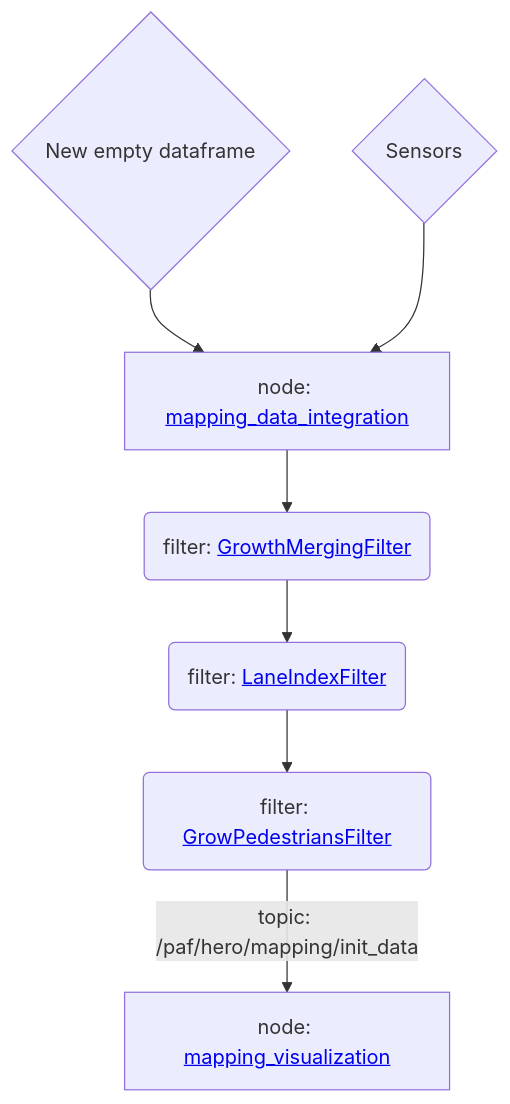
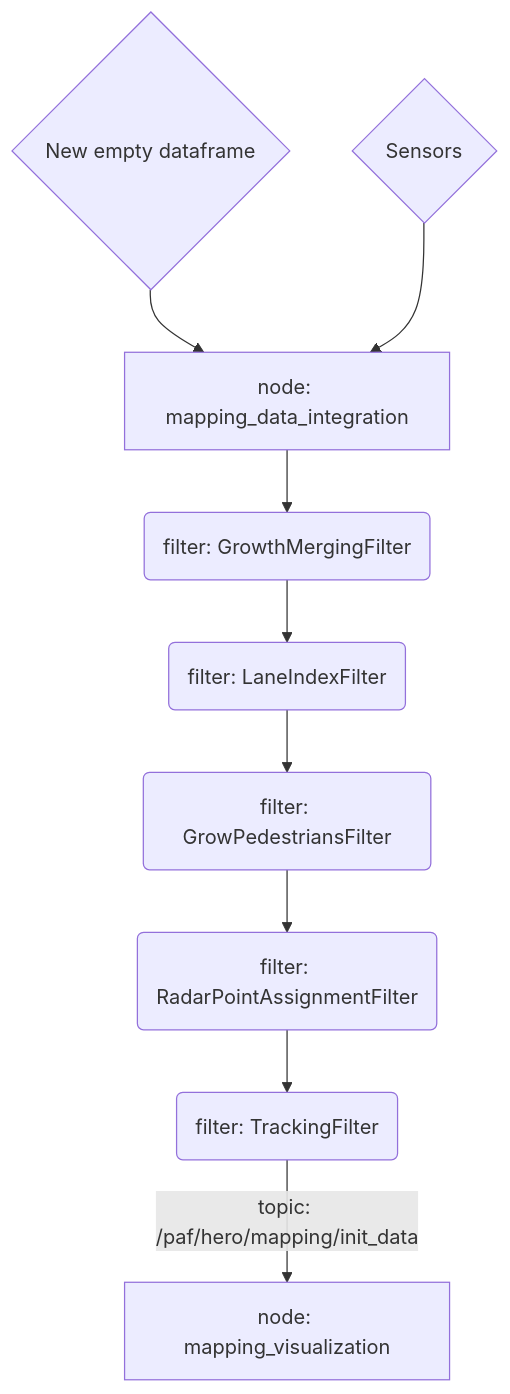
The diagram in doc/mapping/README.md (una-auxme/paf), drawn with Mermaid before and after one commit.

Commit message:
Update Mapping Docu

````diff
--- a/doc/mapping/README.md
+++ b/doc/mapping/README.md
@@ -71,9 +71,23 @@
 ```mermaid
 flowchart TD
-    NF{New empty dataframe} --> A[node: <a href='doc/mapping/generated/nodes.md#mappingdataintegrationnode'>mapping_data_integration</a>]
-    S{Sensors} --> A
-    A --> F1(filter: <a href='/doc/mapping/generated/mapping_common/filter.md#growthmergingfilter'>GrowthMergingFilter</a>)
-    F1 --> F2(filter: <a href='/doc/mapping/generated/mapping_common/filter.md#laneindexfilter'>LaneIndexFilter</a>)
-    F2 --> F3(filter: <a href='/doc/mapping/generated/mapping_common/filter.md#growpedestriansfilter'>GrowPedestriansFilter</a>)
-    F3 -->|topic: /paf/hero/mapping/init_data| 1[node: <a href='/code/mapping_visualization/src/visualization.py'>mapping_visualization</a>]
+    %% Nodes
+    NF{New empty dataframe}
+    S{Sensors}
+    A[node: mapping_data_integration]
+    F1(filter: GrowthMergingFilter)
+    F2(filter: LaneIndexFilter)
+    F3(filter: GrowPedestriansFilter)
+    F4(filter: RadarPointAssignmentFilter)
+    F5(filter: TrackingFilter)
+    VIS[node: mapping_visualization]
+
+    %% Flow
+    NF --> A
+    S --> A
+    A --> F1
+    F1 --> F2
+    F2 --> F3
+    F3 --> F4
+    F4 --> F5
+    F5 -->|topic: /paf/hero/mapping/init_data| VIS
 ```
````
